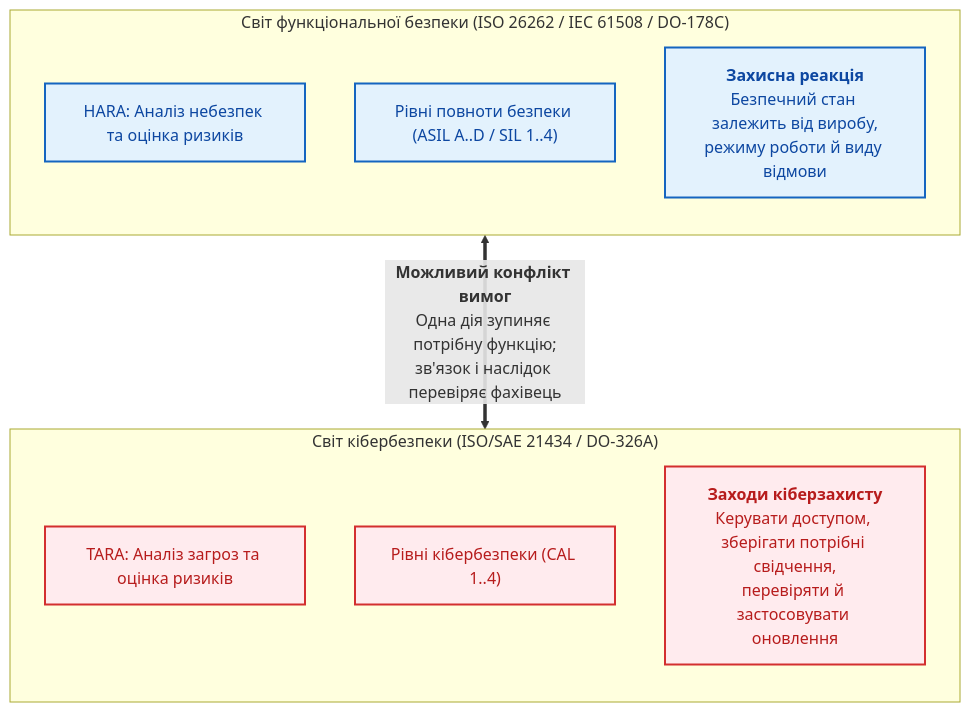
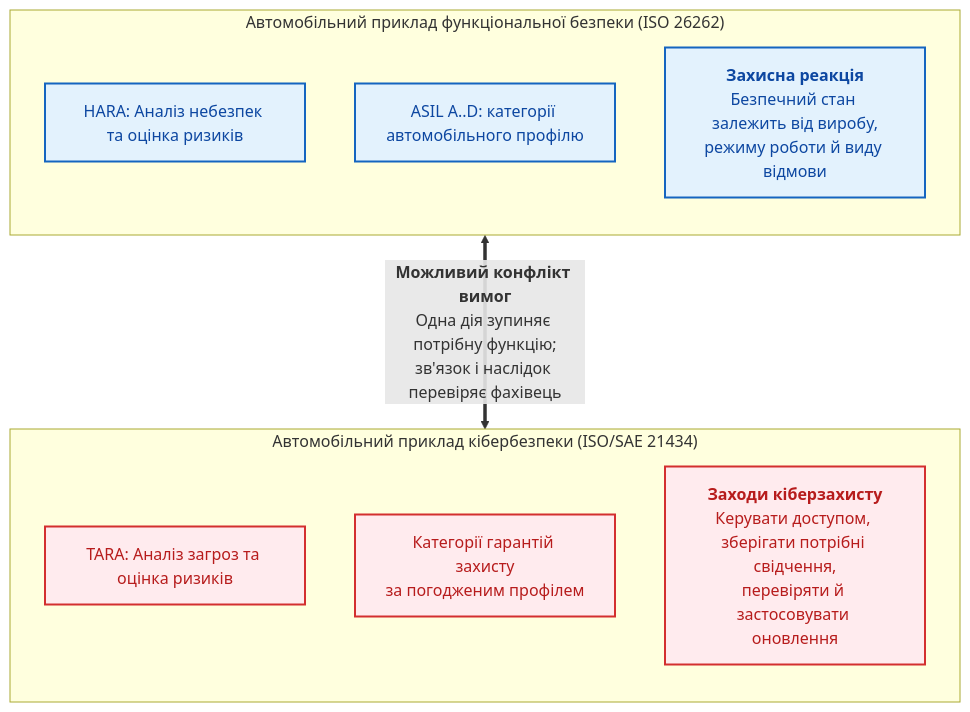
The first of 5 diagrams in ExpertSystem/ch30-safety-cybersecurity-co-engineering.md (nick-fedchik/articles), drawn with Mermaid before and after one commit. The commit also changed other lines of this file and 7 other files, not shown here.

````diff
--- a/ExpertSystem/ch30-safety-cybersecurity-co-engineering.md
+++ b/ExpertSystem/ch30-safety-cybersecurity-co-engineering.md
@@ -27,27 +31,27 @@
 ```mermaid
 flowchart TD
-    accTitle: Проблема розриву між функціональною безпекою та кібербезпекою
+	accTitle: Проблема розриву між функціональною безпекою та кібербезпекою
     accDescr: Несумісність цілей безпеки та кіберзахисту в автономних системах.
 
-    subgraph SafetyWorld["Світ функціональної безпеки (ISO 26262 / IEC 61508 / DO-178C)"]
+	subgraph SafetyWorld["Автомобільний приклад функціональної безпеки (ISO 26262)"]
         direction TB
         HARA["HARA: Аналіз небезпек та оцінка ризиків"]
-        ASIL["Рівні повноти безпеки (ASIL A..D / SIL 1..4)"]
+		ASIL["ASIL A..D: категорії автомобільного профілю"]
         FS["<b>Захисна реакція</b><br/>Безпечний стан залежить від виробу,<br/>режиму роботи й виду відмови"]
     end
 
-    subgraph SecurityWorld["Світ кібербезпеки (ISO/SAE 21434 / DO-326A)"]
+	subgraph SecurityWorld["Автомобільний приклад кібербезпеки (ISO/SAE 21434)"]
         direction TB
         TARA["TARA: Аналіз загроз та оцінка ризиків"]
-        CAL["Рівні кібербезпеки (CAL 1..4)"]
+		CAL["Категорії гарантій захисту<br/>за погодженим профілем"]
         SEC["<b>Заходи кіберзахисту</b><br/>Керувати доступом, зберігати потрібні свідчення,<br/>перевіряти й застосовувати оновлення"]
     end
 
     FS <== "<b>Можливий конфлікт вимог</b><br/>Одна дія зупиняє потрібну функцію;<br/>зв'язок і наслідок перевіряє фахівець" ==> SEC
 
     classDef safety fill:#e3f2fd,stroke:#1565c0,stroke-width:2px,color:#0d47a1;
     classDef security fill:#ffebee,stroke:#d32f2f,stroke-width:2px,color:#b71c1c;
 
     class HARA,ASIL,FS safety;
     class TARA,CAL,SEC security;
 ```
````
